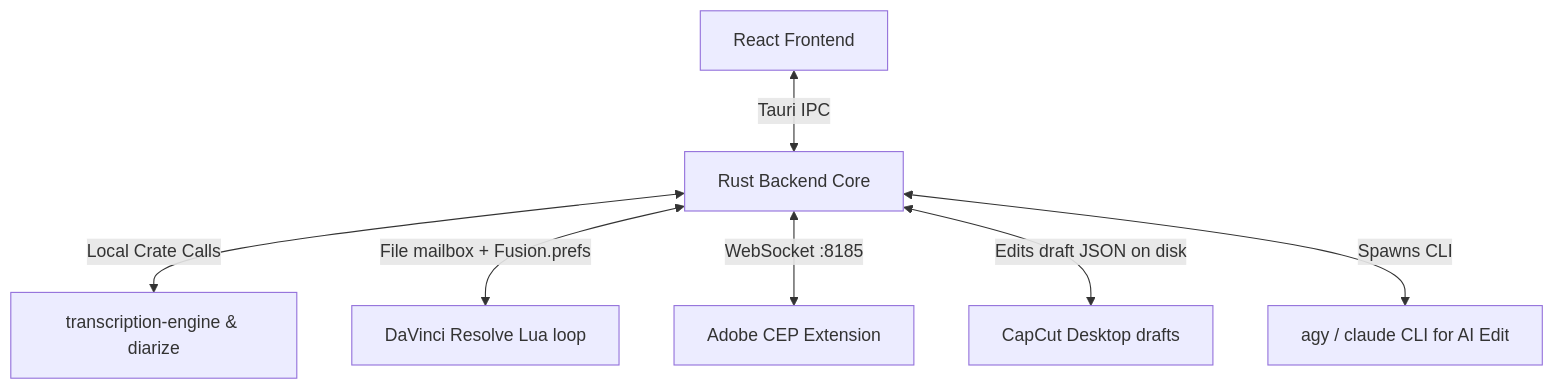
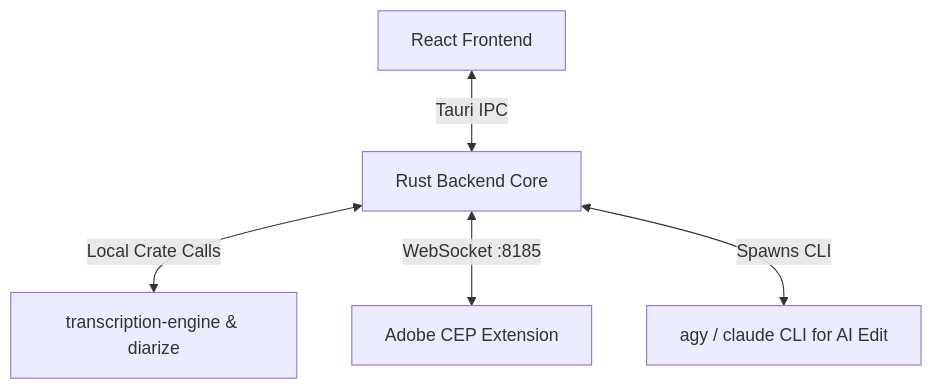
The diagram in AGENTS.md (log-ddl/ddl_autosub), drawn with Mermaid before and after one commit. The commit also changed other lines of this file and 285 other files, not shown here.

First line of the commit message:
Premiere-only: drop Resolve, CapCut, After Effects and Auto Edit

````diff
--- a/AGENTS.md
+++ b/AGENTS.md
@@ -13,9 +13,7 @@
 ```mermaid
 flowchart TD
     ReactFE[React Frontend] <-->|Tauri IPC| RustBE[Rust Backend Core]
     RustBE <-->|Local Crate Calls| AICrates[transcription-engine & diarize]
-    RustBE <-->|File mailbox + Fusion.prefs| Resolve[DaVinci Resolve Lua loop]
     RustBE <-->|WebSocket :8185| Adobe[Adobe CEP Extension]
-    RustBE <-->|Edits draft JSON on disk| CapCut[CapCut Desktop drafts]
     RustBE <-->|Spawns CLI| AiCli[agy / claude CLI for AI Edit]
 ```
````
